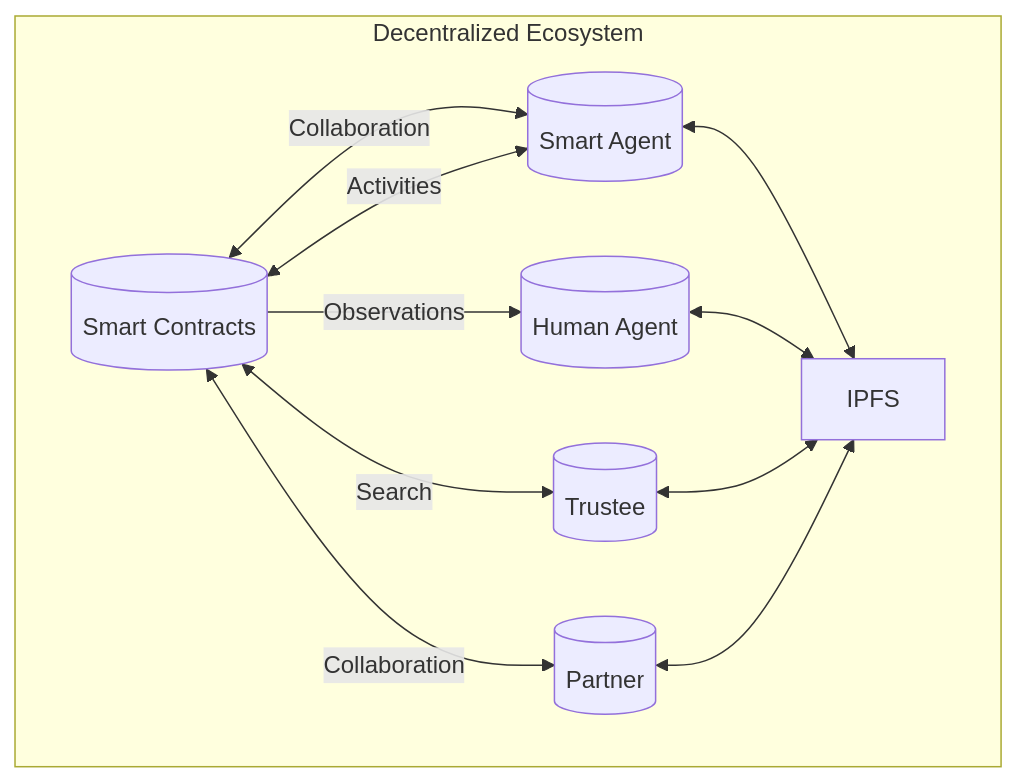
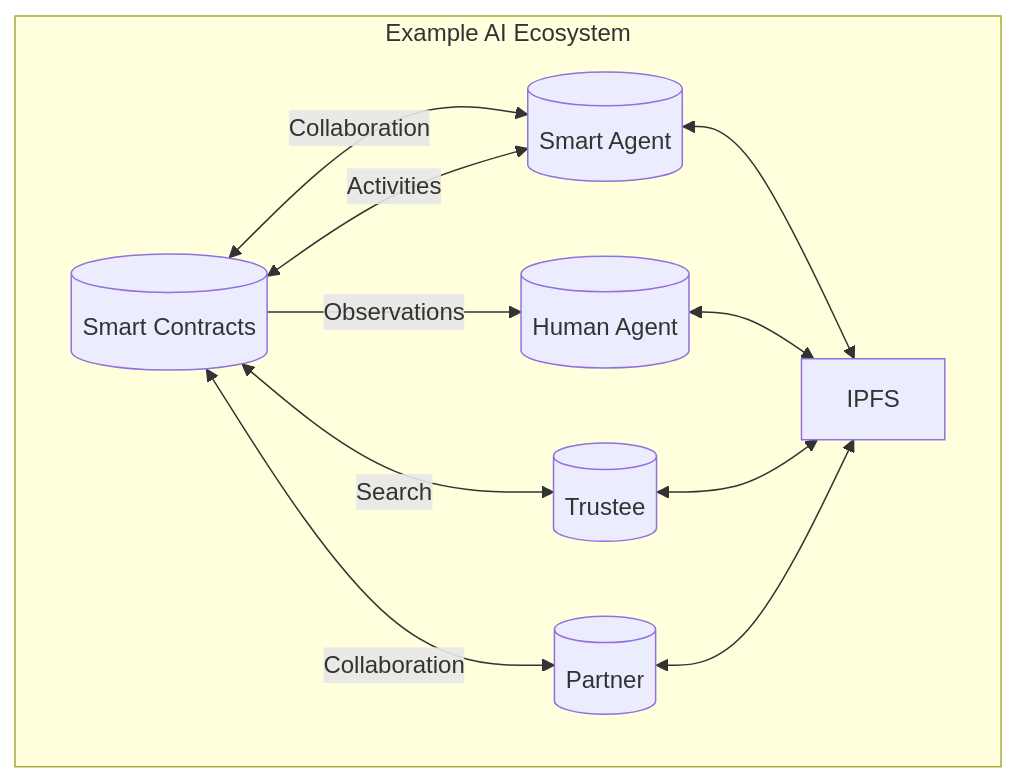
Before and after one commit to fact-claims/fact.claims: the third of 3 diagrams in www/content/rfc/draft.md, drawn with Mermaid. The commit also changed other lines of this file, not shown here.

````diff
--- a/www/content/rfc/draft.md
+++ b/www/content/rfc/draft.md
@@ -61,20 +73,20 @@
 ```mermaid
 flowchart TB
-        subgraph "Decentralized Ecosystem"
+        subgraph "Example AI Ecosystem"
             SC[(Smart Contracts)]
             agent1[(Smart Agent)]
             agent2[(Human Agent)]
             trustee1[(Trustee)]
             partner1[(Partner)]
             SC <-->|Collaboration| agent1
             SC <-->|Activities| agent1
             SC -->|Observations| agent2
             SC <-->|Search| trustee1
             SC <-->|Collaboration| partner1
             agent1 <--> IPFS
             agent2 <--> IPFS
             trustee1 <--> IPFS
             partner1 <--> IPFS
         end
 
 ```
````
